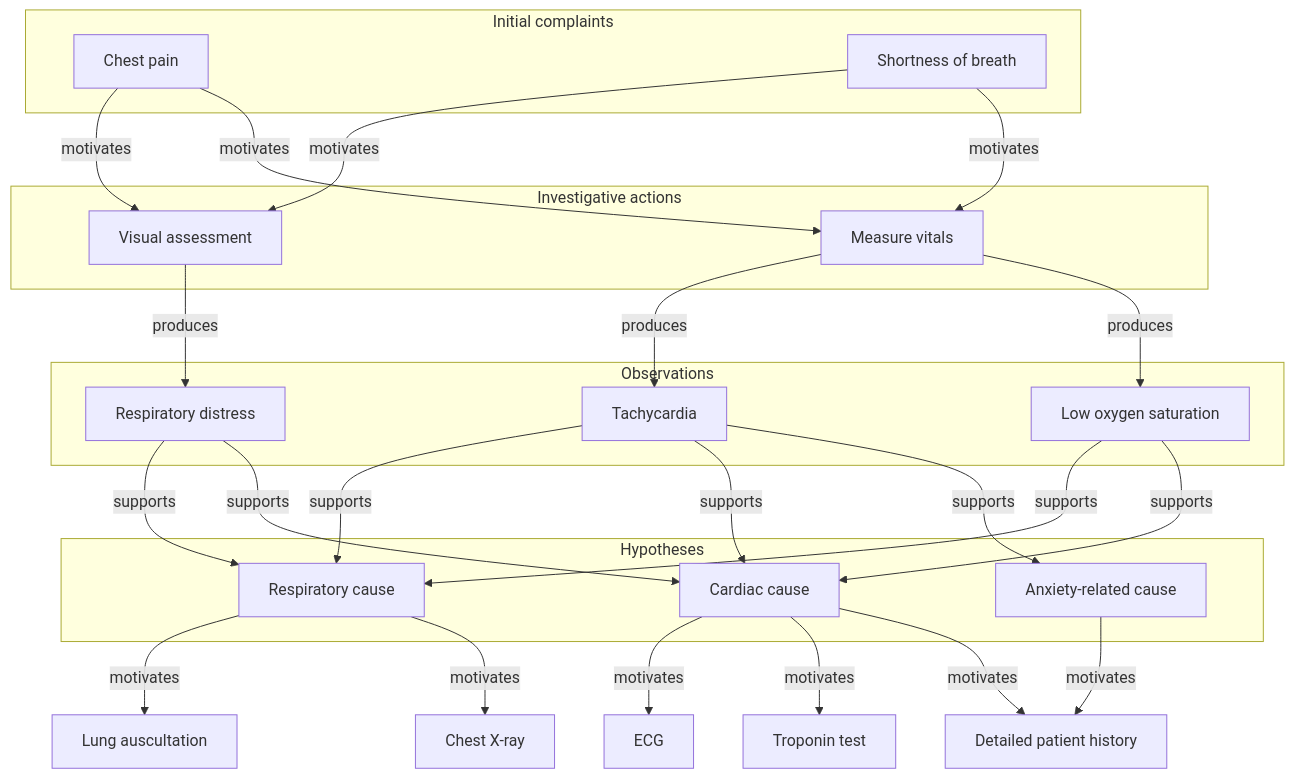
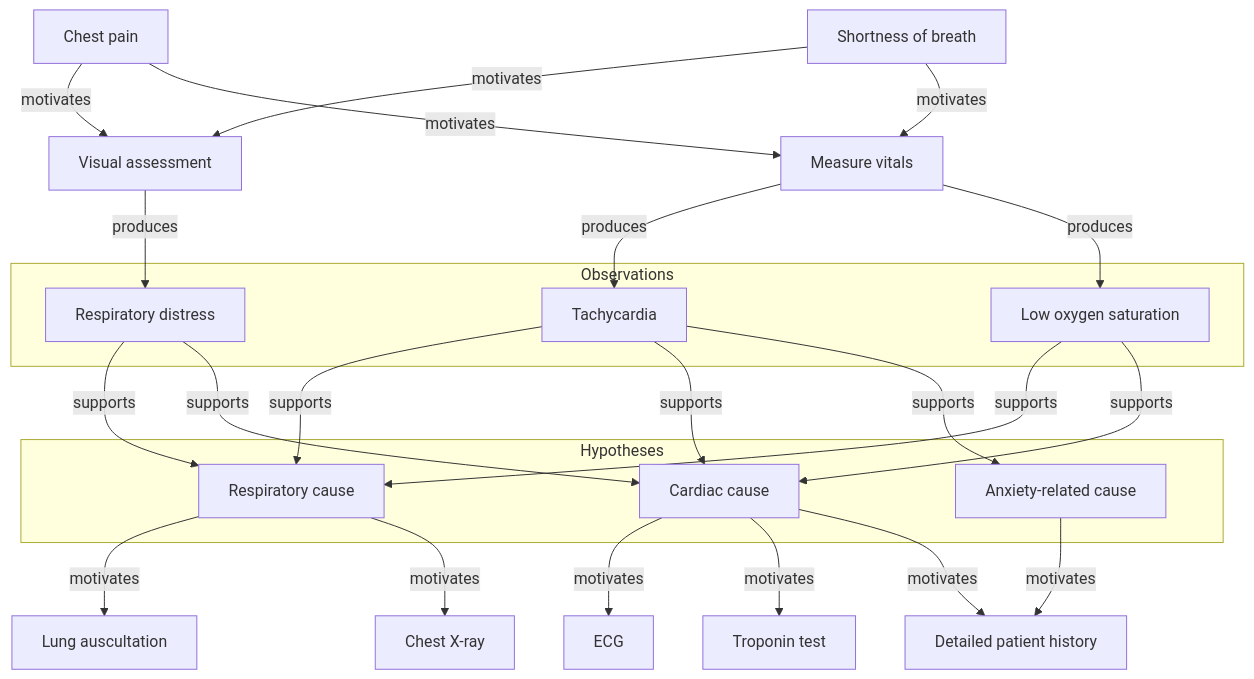
One commit to kahunacohen/why changed the diagram in diagrams/medical.mmd. Above: the diagram before and after it, drawn with Mermaid.

```diff
--- a/diagrams/medical.mmd
+++ b/diagrams/medical.mmd
@@ -1,57 +1,57 @@
 flowchart TD
 
-  subgraph complaints["Initial complaints"]
-    C1["Chest pain"]
-    C2["Shortness of breath"]
-  end
+%% Initital complaints
+C1["Chest pain"]
+C2["Shortness of breath"]
+  
 
-  subgraph actions["Investigative actions"]
-    A1["Visual assessment"]
-    A2["Measure vitals"]
-  end
+%% Investigative actions"]
+A1["Visual assessment"]
+A2["Measure vitals"]
+
 
   C1 -->|motivates| A1
   C2 -->|motivates| A1
   C1 -->|motivates| A2
   C2 -->|motivates| A2
 
   subgraph observations["Observations"]
     O1["Respiratory distress"]
     O2["Tachycardia"]
     O3["Low oxygen saturation"]
   end
 
   A1 -->|produces| O1
   A2 -->|produces| O2
   A2 -->|produces| O3
 
   subgraph hypotheses["Hypotheses"]
     H1["Respiratory cause"]
     H2["Cardiac cause"]
     H3["Anxiety-related cause"]
   end
 
   O1 -->|supports| H1
   O1 -->|supports| H2
 
   O2 -->|supports| H1
   O2 -->|supports| H2
   O2 -->|supports| H3
 
   O3 -->|supports| H1
   O3 -->|supports| H2
 
   A5["Lung auscultation"]
   A6["Chest X-ray"]
   H1 --> |motivates| A5
   H1 --> |motivates| A6
   
   A3["ECG"]
   A4["Troponin test"]
 
   H2 --> |motivates| A3
   H2 --> |motivates| A4
 
   A7["Detailed patient history"]
   H3 --> |motivates| A7
   H2 --> |motivates| A7
```
